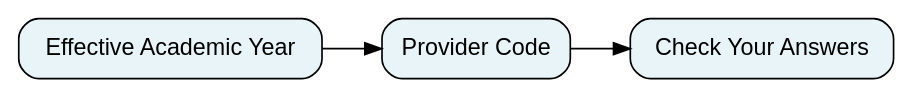
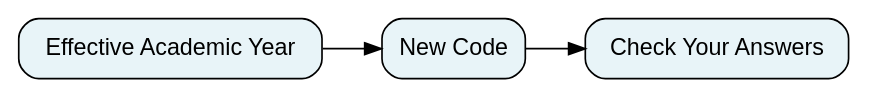
One commit to DFE-Digital/register-training-providers changed the diagram in docs/wizards/provider_changes_code_wizard.dot. Above: the diagram before and after it, drawn with Graphviz. The commit also changed 45 other files, not shown here.

```diff
--- a/docs/wizards/provider_changes_code_wizard.dot
+++ b/docs/wizards/provider_changes_code_wizard.dot
@@ -1,11 +1,11 @@
 digraph Provider_changes_code_wizard {
   rankdir=LR;
   bgcolor="#ffffff";
   node [shape=box, style="rounded,filled", fillcolor="#e8f4f8", fontname="Helvetica"];
   edge [fontname="Helvetica", fontsize=10];
   effective_academic_year [label="Effective Academic Year"];
-  provider_code [label="Provider Code"];
+  new_code [label="New Code"];
   check_your_answers [label="Check Your Answers"];
-  effective_academic_year -> provider_code [style=solid];
-  provider_code -> check_your_answers [style=solid];
+  effective_academic_year -> new_code [style=solid];
+  new_code -> check_your_answers [style=solid];
 }
```
